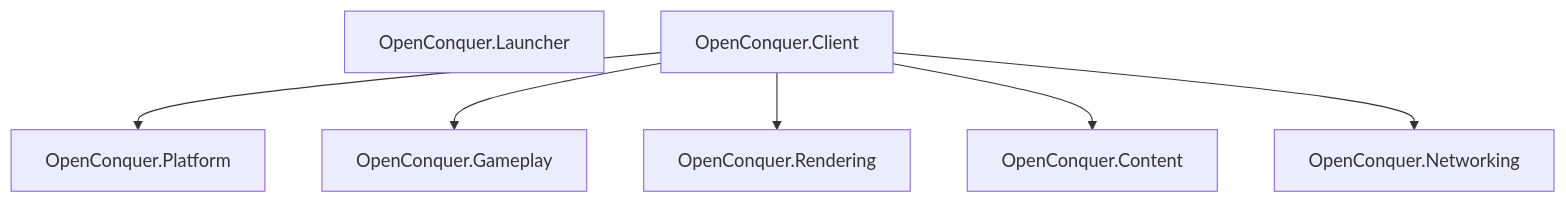
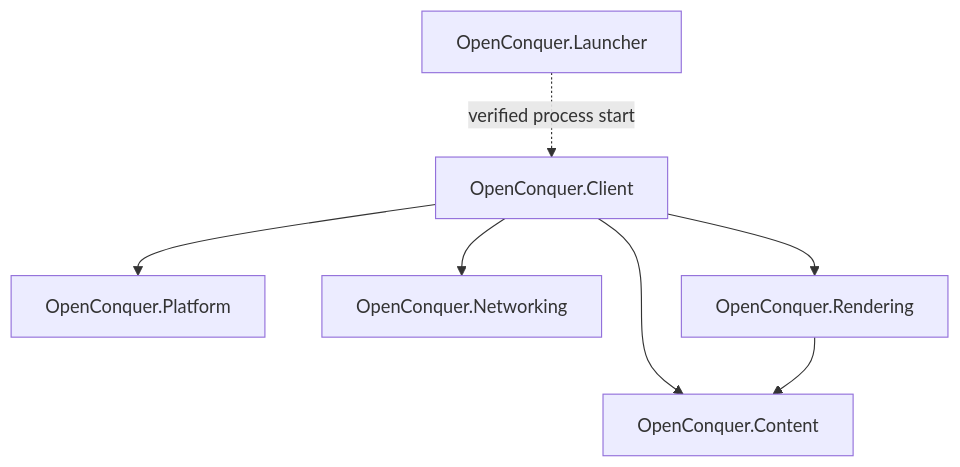
Before and after one commit to berniemackie97/OpenConquerClient: the diagram in README.md, drawn with Mermaid. The commit also changed other lines of this file and 42 other files, not shown here.

Commit message:
docs: reconcile CP2.10 architecture, capabilities and evidence (#294)

````diff
--- a/README.md
+++ b/README.md
@@ -41,11 +47,11 @@
 ```mermaid
 flowchart TD
     Launcher["OpenConquer.Launcher"]
     Client["OpenConquer.Client"]
-
+    Launcher -. verified process start .-> Client
     Client --> Platform["OpenConquer.Platform"]
-    Client --> Gameplay["OpenConquer.Gameplay"]
+    Client --> Networking["OpenConquer.Networking"]
     Client --> Rendering["OpenConquer.Rendering"]
     Client --> Content["OpenConquer.Content"]
-    Client --> Networking["OpenConquer.Networking"]
+    Rendering --> Content
 ```
````
